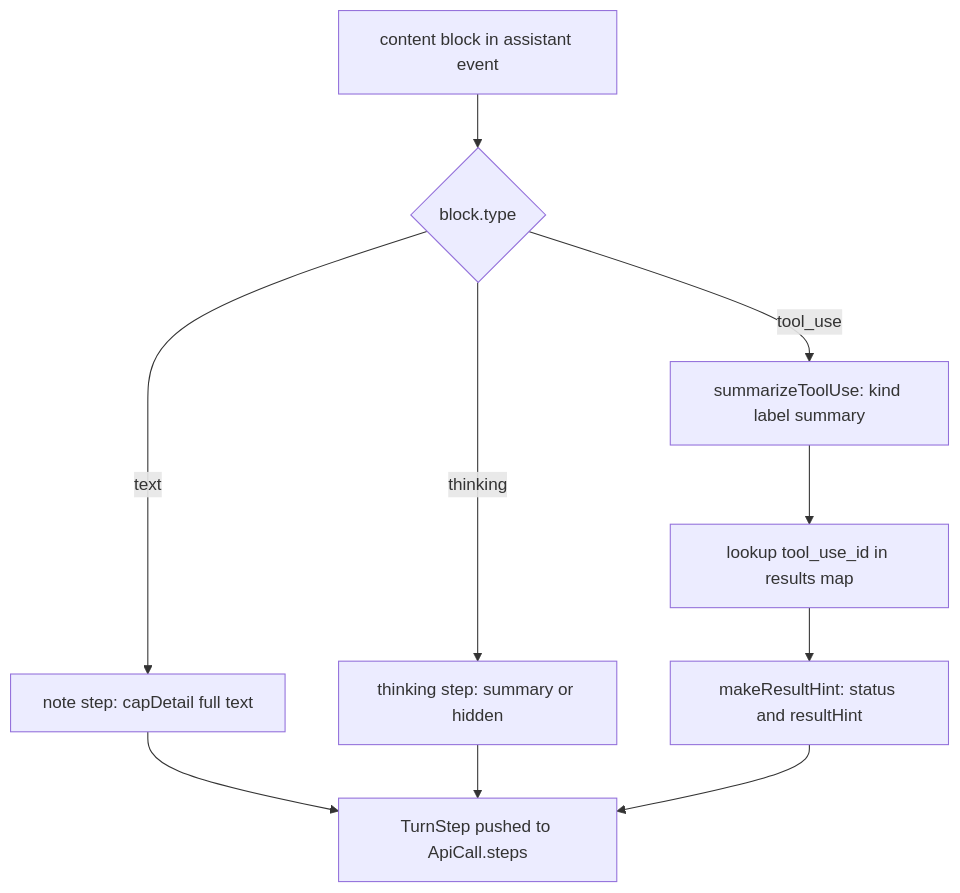
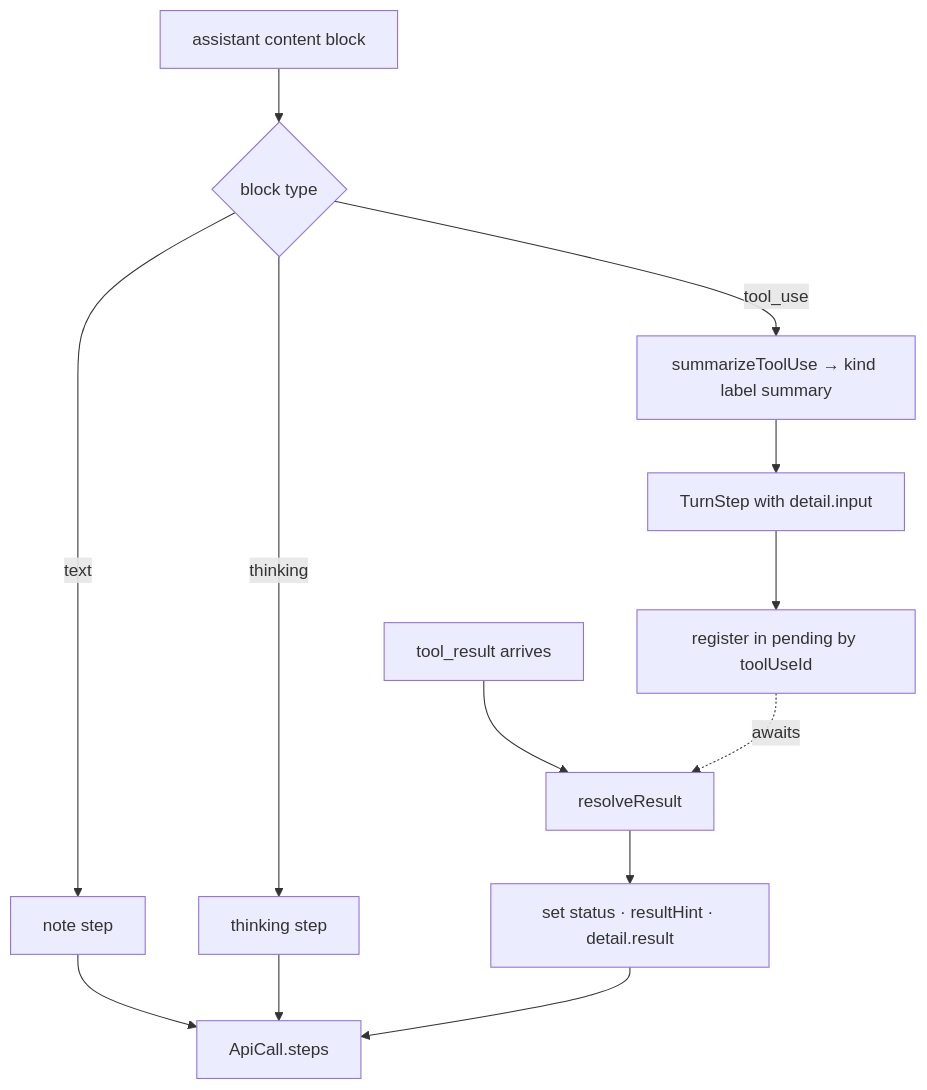
The diagram in wiki/2.4-per-turn-steps.md (yorch/cc-analyzer), drawn with Mermaid before and after one commit. The commit also changed other lines of this file and 19 other files, not shown here.

````diff
--- a/wiki/2.4-per-turn-steps.md
+++ b/wiki/2.4-per-turn-steps.md
@@ -28,12 +40,15 @@
 ```mermaid
 flowchart TD
-    Block[content block in assistant event] --> Kind{block.type}
-    Kind -->|text| Note[note step: capDetail full text]
-    Kind -->|thinking| Think[thinking step: summary or hidden]
-    Kind -->|tool_use| Tool[summarizeToolUse: kind label summary]
-    Tool --> Lookup[lookup tool_use_id in results map]
-    Lookup --> Hint[makeResultHint: status and resultHint]
-    Note --> Steps[TurnStep pushed to ApiCall.steps]
-    Think --> Steps
-    Hint --> Steps
+    Content[assistant content block] --> Text{block type}
+    Text -->|text| Note[note step]
+    Text -->|thinking| Think[thinking step]
+    Text -->|tool_use| Sum[summarizeToolUse → kind label summary]
+    Sum --> Step[TurnStep with detail.input]
+    Step --> Pending[register in pending by toolUseId]
+    Result[tool_result arrives] --> Resolve[resolveResult]
+    Pending -.awaits.-> Resolve
+    Resolve --> Patch[set status · resultHint · detail.result]
+    Note --> Timeline[ApiCall.steps]
+    Think --> Timeline
+    Patch --> Timeline
 ```
````
